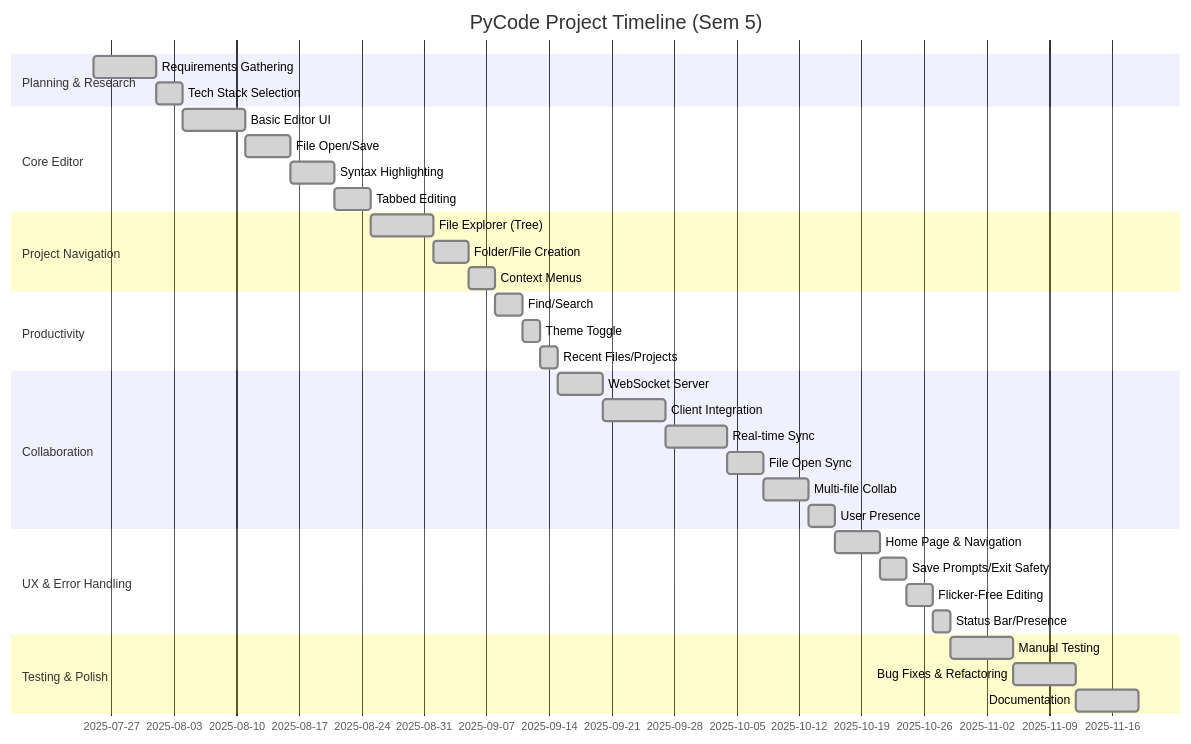
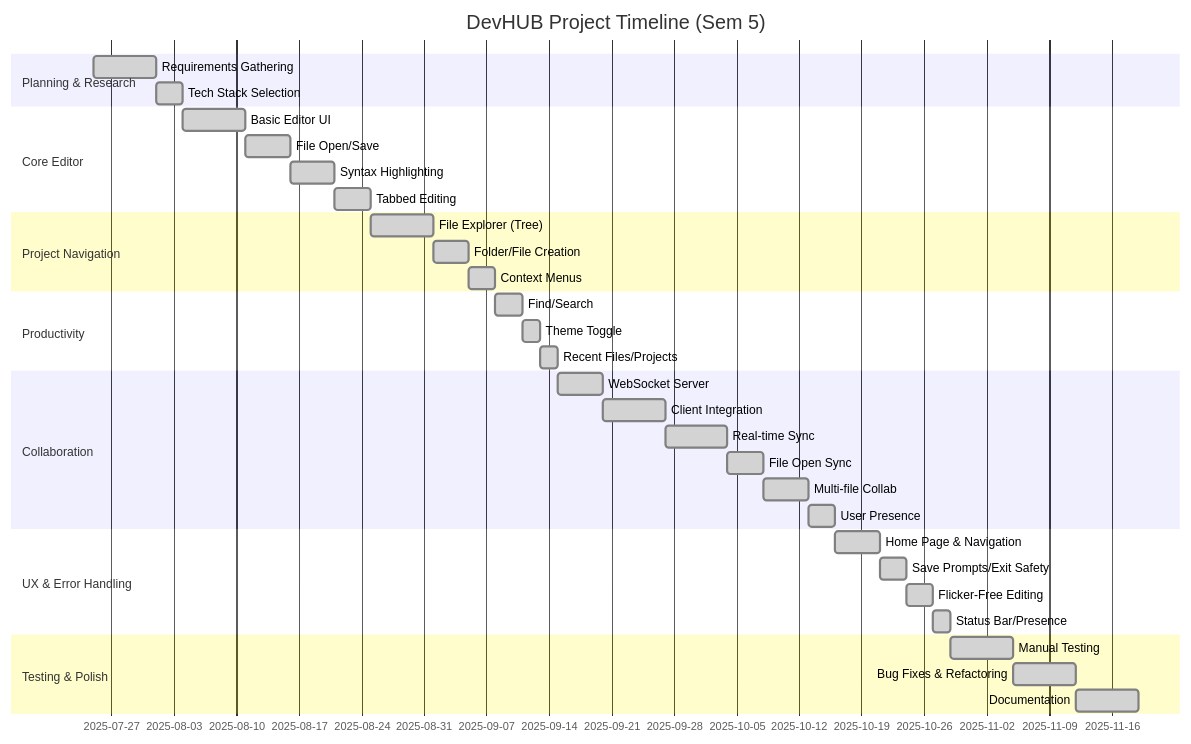
One commit to TrendySloth1001/chat_module changed the sixth of 6 diagrams in readme.md. Above: the diagram before and after it, drawn with Mermaid.

````diff
--- a/readme.md
+++ b/readme.md
@@ -202,37 +202,37 @@
 ```mermaid
 gantt
     dateFormat  YYYY-MM-DD
-    title PyCode Project Timeline (Sem 5)
+    title DevHUB Project Timeline (Sem 5)
     section Planning & Research
     Requirements Gathering      :done,    des1, 2025-07-25, 7d
     Tech Stack Selection       :done,    des2, 2025-08-01, 3d
     section Core Editor
     Basic Editor UI            :done,    ed1, 2025-08-04, 7d
     File Open/Save             :done,    ed2, 2025-08-11, 5d
     Syntax Highlighting        :done,    ed3, 2025-08-16, 5d
     Tabbed Editing             :done,    ed4, 2025-08-21, 4d
     section Project Navigation
     File Explorer (Tree)       :done,    nav1, 2025-08-25, 7d
     Folder/File Creation       :done,    nav2, 2025-09-01, 4d
     Context Menus              :done,    nav3, 2025-09-05, 3d
     section Productivity
     Find/Search                :done,    prod1, 2025-09-08, 3d
     Theme Toggle               :done,    prod2, 2025-09-11, 2d
     Recent Files/Projects      :done,    prod3, 2025-09-13, 2d
     section Collaboration
     WebSocket Server           :done,    collab1, 2025-09-15, 5d
     Client Integration         :done,    collab2, 2025-09-20, 7d
     Real-time Sync             :done,    collab3, 2025-09-27, 7d
     File Open Sync             :done,    collab4, 2025-10-04, 4d
     Multi-file Collab          :done,    collab5, 2025-10-08, 5d
     User Presence              :done,    collab6, 2025-10-13, 3d
     section UX & Error Handling
     Home Page & Navigation     :done,    ux1, 2025-10-16, 5d
     Save Prompts/Exit Safety   :done,    ux2, 2025-10-21, 3d
     Flicker-Free Editing       :done,    ux3, 2025-10-24, 3d
     Status Bar/Presence        :done,    ux4, 2025-10-27, 2d
     section Testing & Polish
     Manual Testing             :done,    test1, 2025-10-29, 7d
     Bug Fixes & Refactoring    :done,    test2, 2025-11-05, 7d
     Documentation              :done,    doc1, 2025-11-12, 7d
 ```
````
